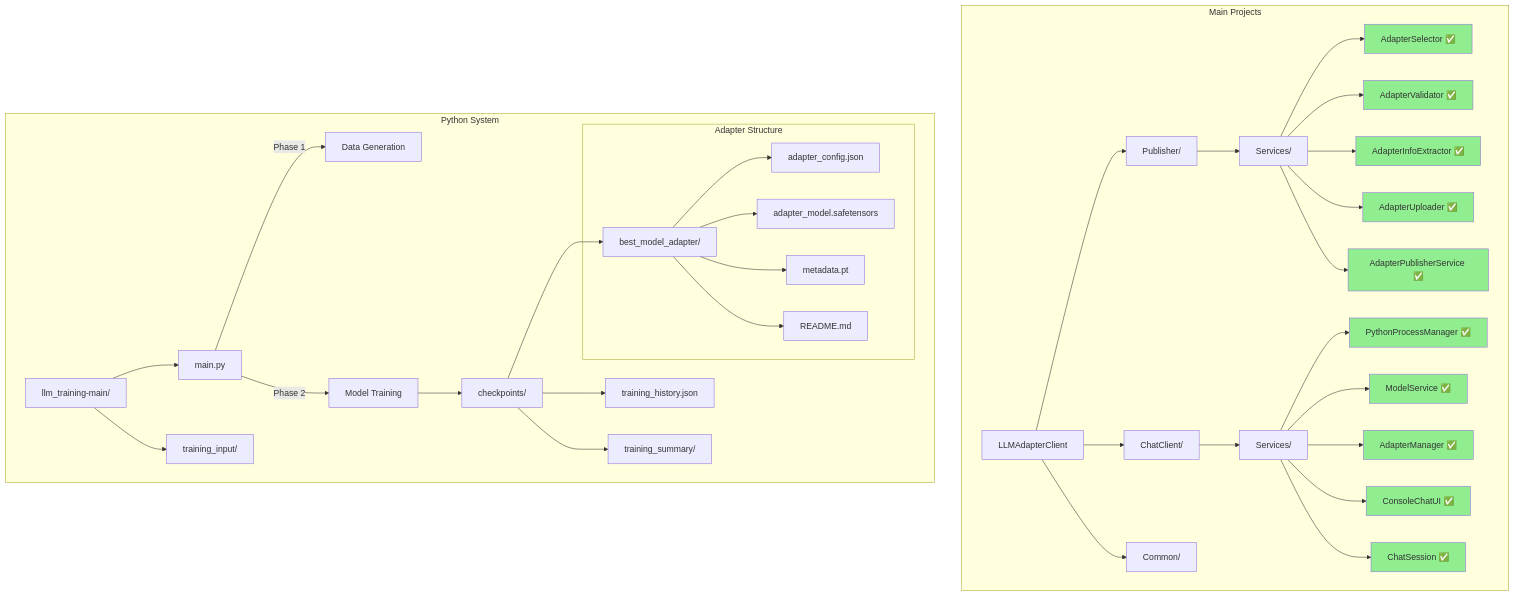
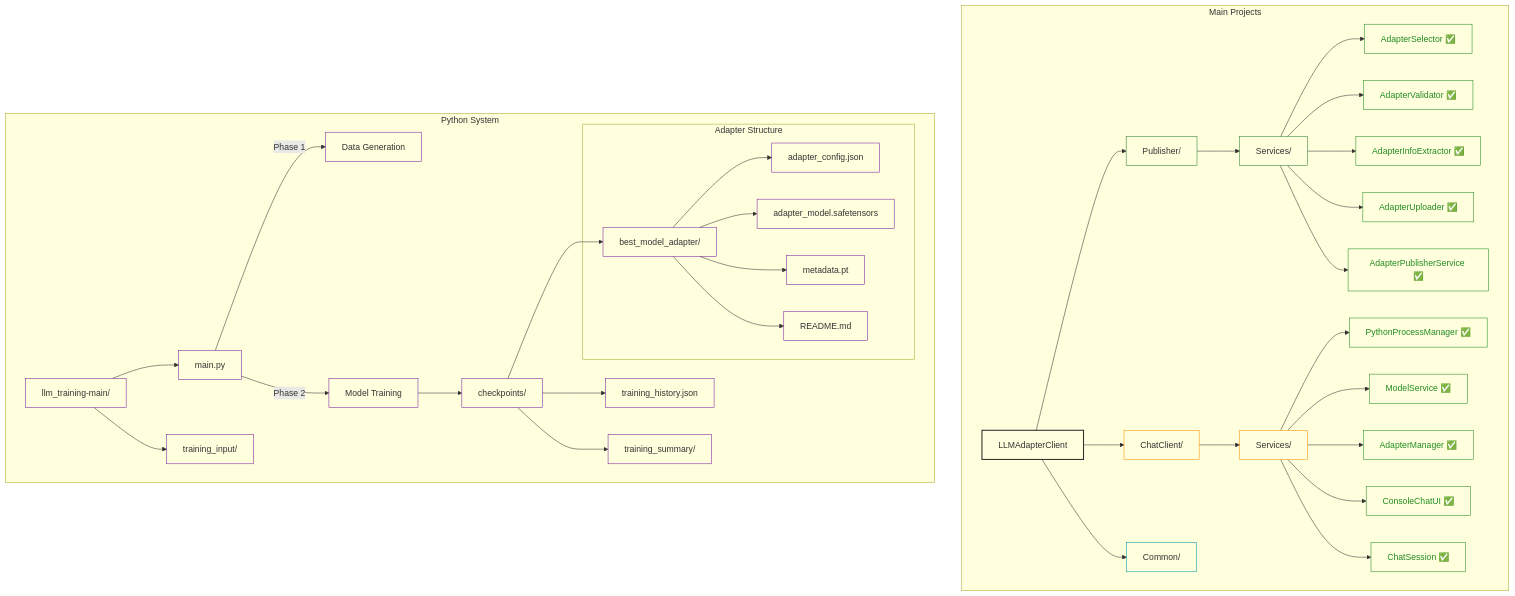
The fourth of 8 diagrams in STORY.md (gsinghjay/LLMAdapterClient), drawn with Mermaid before and after one commit. The commit also changed other lines of this file, not shown here.

Commit message:
docs(diagrams): align mermaid diagrams with project styling standards

````diff
--- a/STORY.md
+++ b/STORY.md
@@ -152,53 +160,59 @@
 ```mermaid
-graph TD
+flowchart TD
+    %% Main projects and structure
     subgraph "Main Projects"
         A[LLMAdapterClient]
         A --> B[ChatClient/]
         A --> C[Publisher/]
         A --> D[Common/]
         
         C --> S1[Services/]
         S1 --> AS[AdapterSelector ✅]
         S1 --> AV[AdapterValidator ✅]
         S1 --> AE[AdapterInfoExtractor ✅]
         S1 --> AU[AdapterUploader ✅]
         S1 --> AP[AdapterPublisherService ✅]
         
         B --> CCServices[Services/]
         CCServices --> PM[PythonProcessManager ✅]
         CCServices --> MS[ModelService ✅]
         CCServices --> AM[AdapterManager ✅]
         CCServices --> CUI[ConsoleChatUI ✅]
         CCServices --> CS[ChatSession ✅]
     end
     
+    %% Python system structure
     subgraph "Python System"
         F[llm_training-main/]
         F --> G[main.py]
         F --> T[training_input/]
         G -->|Phase 1| D1[Data Generation]
         G -->|Phase 2| D2[Model Training]
         D2 --> H[checkpoints/]
         H --> I[best_model_adapter/]
         H --> J[training_history.json]
         H --> K[training_summary/]
         
         subgraph "Adapter Structure"
             I --> AC[adapter_config.json]
             I --> AM2[adapter_model.safetensors]
             I --> MP[metadata.pt]
             I --> RD[README.md]
         end
     end
     
-    style AS fill:#90EE90
-    style AV fill:#90EE90
-    style AE fill:#90EE90
-    style AU fill:#90EE90
-    style AP fill:#90EE90
-    style PM fill:#90EE90
-    style MS fill:#90EE90
-    style AM fill:#90EE90
-    style CUI fill:#90EE90
-    style CS fill:#90EE90
+    %% Apply styling according to standards
+    classDef solution fill:transparent,stroke:#333,stroke-width:2px,fontFamily:Arial,sans-serif,fontSize:14px
+    classDef common fill:transparent,stroke:#0097a7,stroke-width:1px,fontFamily:Arial,sans-serif,fontSize:12px
+    classDef publisher fill:transparent,stroke:#2e7d32,stroke-width:1px,fontFamily:Arial,sans-serif,fontSize:12px
+    classDef chatClient fill:transparent,stroke:#ff8f00,stroke-width:1px,fontFamily:Arial,sans-serif,fontSize:12px
+    classDef python fill:transparent,stroke:#7b1fa2,stroke-width:1px,fontFamily:Arial,sans-serif,fontSize:12px
+    classDef done fill:transparent,stroke:#228B22,color:#228B22,fontFamily:Arial,sans-serif,fontSize:12px
+    
+    class A solution
+    class B,CCServices,PM,MS,AM,CUI,CS chatClient
+    class C,S1,AS,AV,AE,AU,AP publisher
+    class D common
+    class F,G,T,D1,D2,H,I,J,K,AC,AM2,MP,RD python
+    class AS,AV,AE,AU,AP,PM,MS,AM,CUI,CS done
 ```
````
